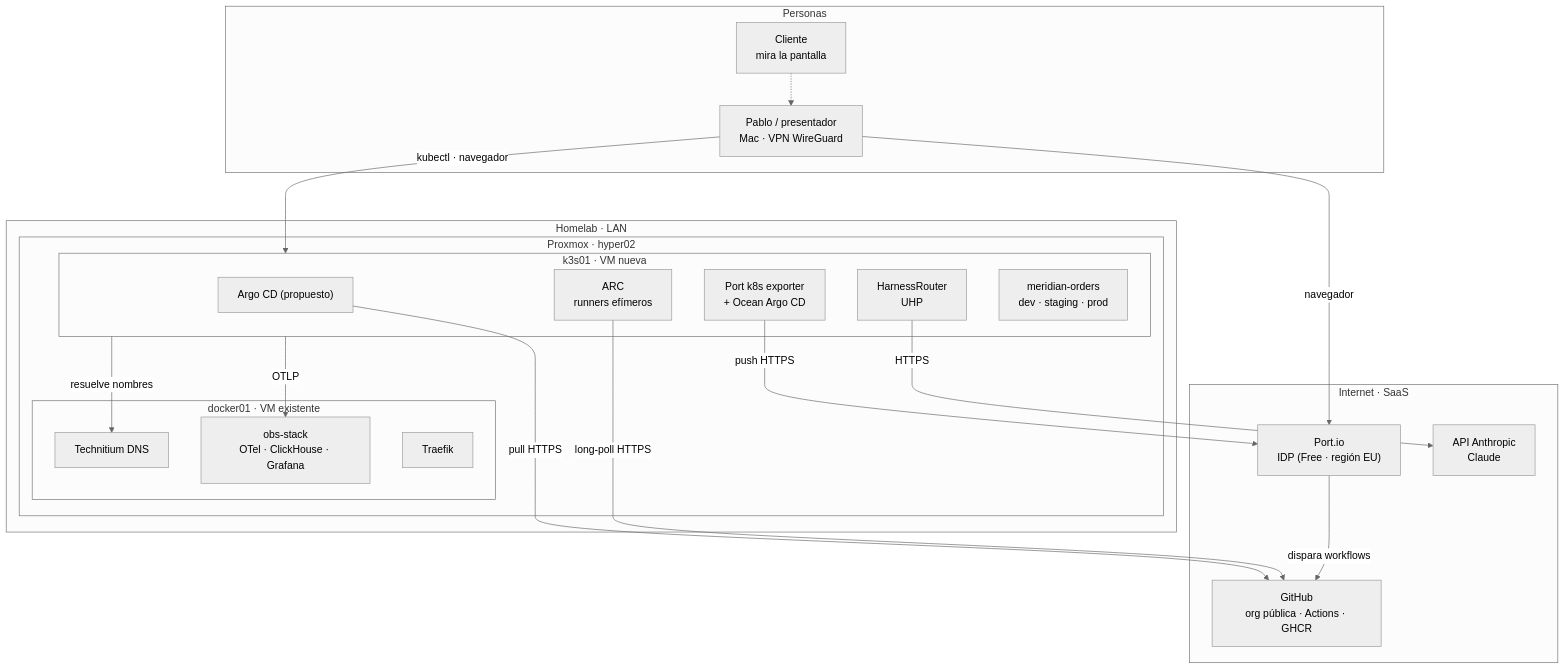
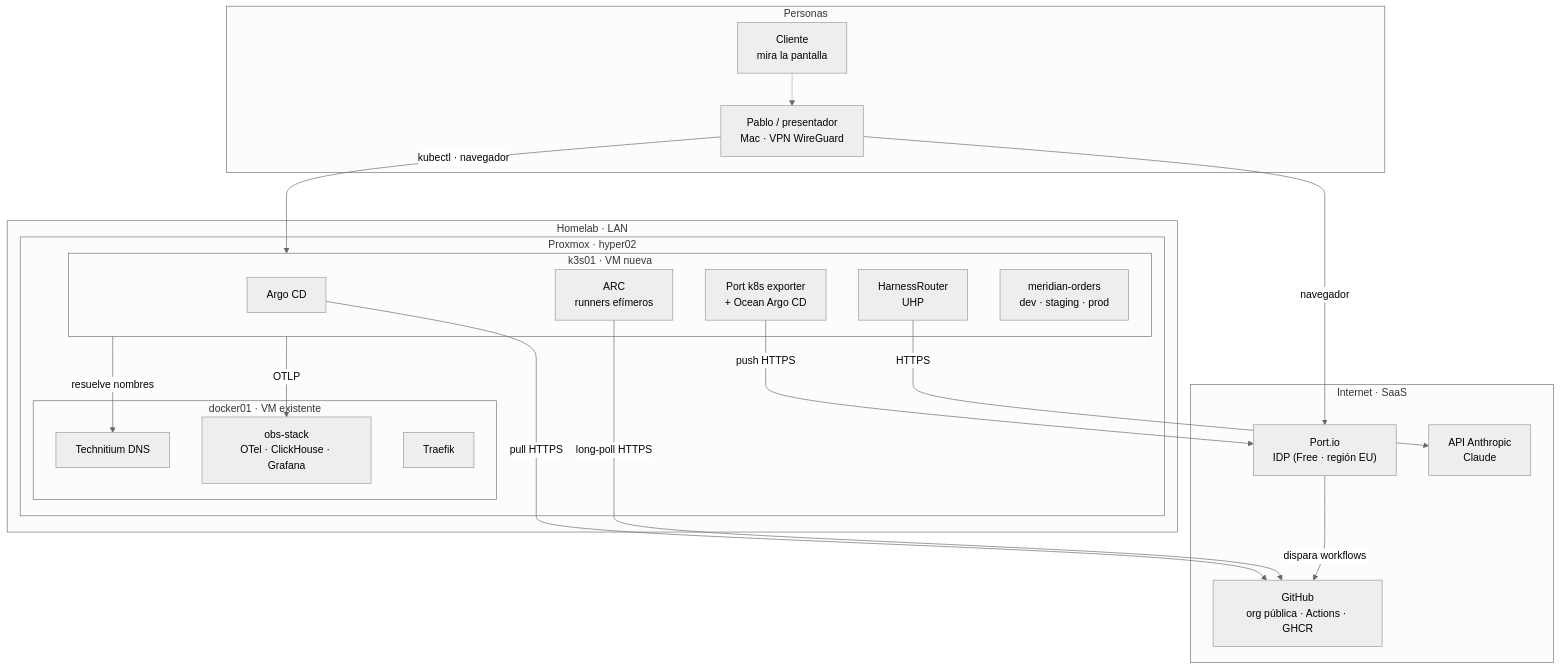
Before and after one commit to elpalmeral-org/agentic-platform-lab: the first of 7 diagrams in docs/01-arquitectura.md, drawn with Mermaid (neutral theme). The commit also changed other lines of this file and 7 other files, not shown here.

````diff
--- a/docs/01-arquitectura.md
+++ b/docs/01-arquitectura.md
@@ -8,41 +8,41 @@
 ```mermaid
 flowchart TB
     subgraph USERS["Personas"]
         PABLO["Pablo / presentador<br/>Mac · VPN WireGuard"]
         CLI["Cliente<br/>mira la pantalla"]
     end
 
     subgraph SAAS["Internet · SaaS"]
         PORT["Port.io<br/>IDP (Free · región EU)"]
         GH["GitHub<br/>org pública · Actions · GHCR"]
         ANT["API Anthropic<br/>Claude"]
     end
 
     subgraph HOME["Homelab · LAN"]
         subgraph PVE["Proxmox · hyper02"]
             subgraph D1["docker01 · VM existente"]
                 DNS["Technitium DNS"]
                 OBS["obs-stack<br/>OTel · ClickHouse · Grafana"]
                 TRF["Traefik"]
             end
             subgraph K["k3s01 · VM nueva"]
-                ARGO["Argo CD (propuesto)"]
+                ARGO["Argo CD"]
                 HR["HarnessRouter<br/>UHP"]
                 ARC["ARC<br/>runners efímeros"]
                 EXP["Port k8s exporter<br/>+ Ocean Argo CD"]
                 APPS["meridian-orders<br/>dev · staging · prod"]
             end
         end
     end
 
     PABLO -->|navegador| PORT
     PABLO -->|kubectl · navegador| K
     CLI -.-> PABLO
     ARGO -->|pull HTTPS| GH
     ARC -->|long-poll HTTPS| GH
     HR -->|HTTPS| ANT
     EXP -->|push HTTPS| PORT
     PORT -->|dispara workflows| GH
     K -->|OTLP| OBS
     K -->|resuelve nombres| DNS
 ```
````
